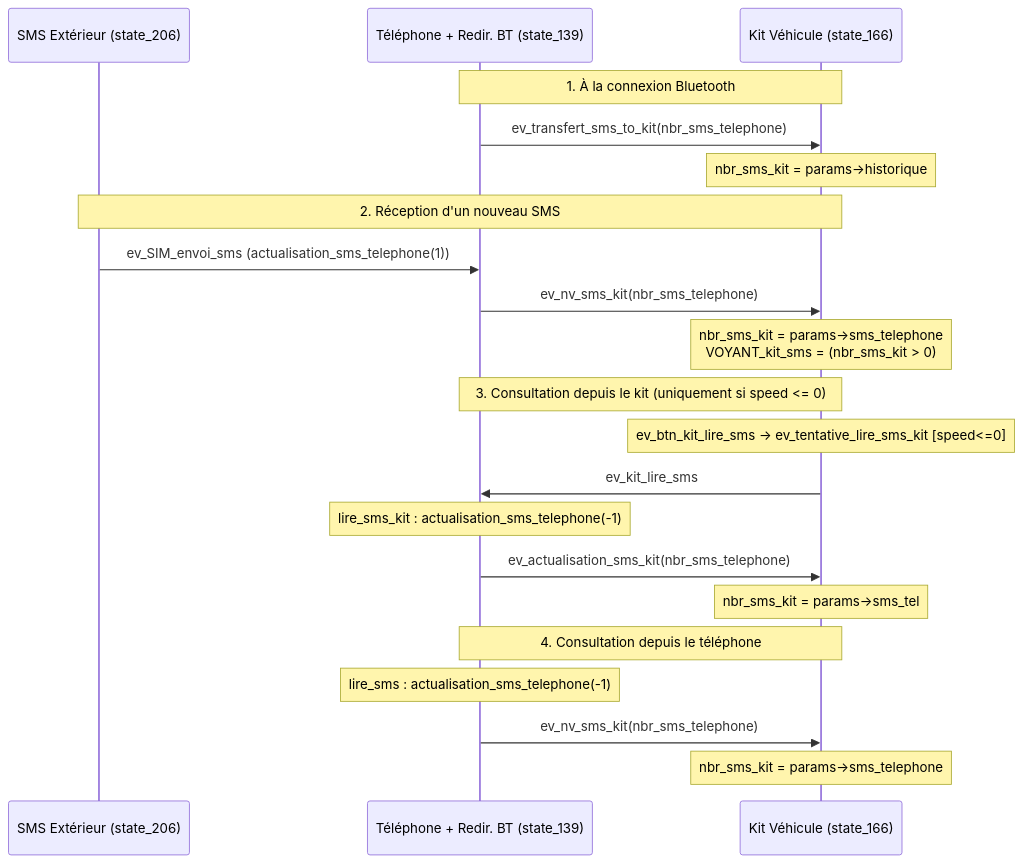
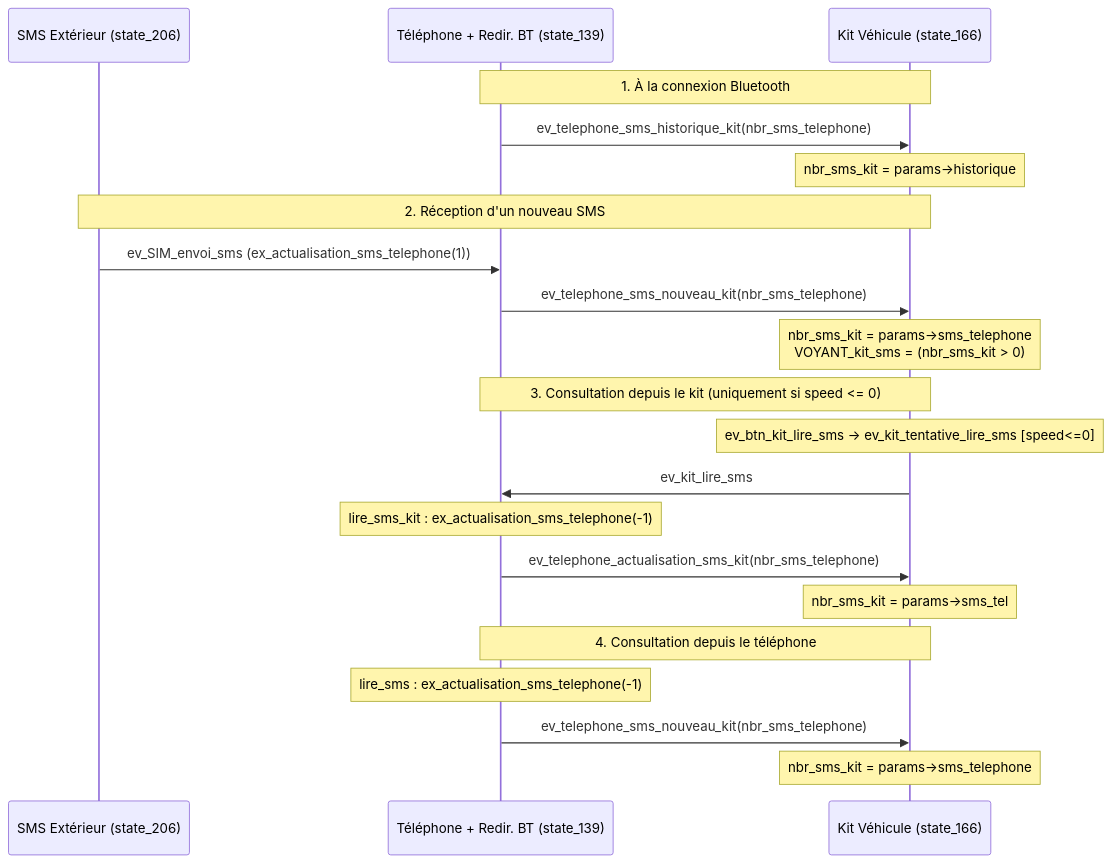
The sixth of 9 diagrams in systemes_evenements_discrets/Rapport/Rapport.md (benoitdekeyn/E4SE_TD_TP), drawn with Mermaid before and after one commit. The commit also changed other lines of this file and 2 other files, not shown here.

Commit message:
modification annexe et finalisation kit

````diff
--- a/systemes_evenements_discrets/Rapport/Rapport.md
+++ b/systemes_evenements_discrets/Rapport/Rapport.md
@@ -932,27 +997,27 @@
 ```mermaid
 sequenceDiagram
     participant Ext as SMS Extérieur (state_206)
     participant Tel as Téléphone + Redir. BT (state_139)
     participant Kit as Kit Véhicule (state_166)
 
     Note over Tel,Kit: 1. À la connexion Bluetooth
-    Tel->>Kit: ev_transfert_sms_to_kit(nbr_sms_telephone)
+    Tel->>Kit: ev_telephone_sms_historique_kit(nbr_sms_telephone)
     Note over Kit: nbr_sms_kit = params->historique
 
     Note over Ext,Kit: 2. Réception d'un nouveau SMS
-    Ext->>Tel: ev_SIM_envoi_sms (actualisation_sms_telephone(1))
-    Tel->>Kit: ev_nv_sms_kit(nbr_sms_telephone)
+    Ext->>Tel: ev_SIM_envoi_sms (ex_actualisation_sms_telephone(1))
+    Tel->>Kit: ev_telephone_sms_nouveau_kit(nbr_sms_telephone)
     Note over Kit: nbr_sms_kit = params->sms_telephone<br/>VOYANT_kit_sms = (nbr_sms_kit > 0)
 
     Note over Tel,Kit: 3. Consultation depuis le kit (uniquement si speed <= 0)
-    Note over Kit: ev_btn_kit_lire_sms → ev_tentative_lire_sms_kit [speed<=0]
+    Note over Kit: ev_btn_kit_lire_sms → ev_kit_tentative_lire_sms [speed<=0]
     Kit->>Tel: ev_kit_lire_sms
-    Note over Tel: lire_sms_kit : actualisation_sms_telephone(-1)
-    Tel->>Kit: ev_actualisation_sms_kit(nbr_sms_telephone)
+    Note over Tel: lire_sms_kit : ex_actualisation_sms_telephone(-1)
+    Tel->>Kit: ev_telephone_actualisation_sms_kit(nbr_sms_telephone)
     Note over Kit: nbr_sms_kit = params->sms_tel
 
     Note over Tel,Kit: 4. Consultation depuis le téléphone
-    Note over Tel: lire_sms : actualisation_sms_telephone(-1)
-    Tel->>Kit: ev_nv_sms_kit(nbr_sms_telephone)
+    Note over Tel: lire_sms : ex_actualisation_sms_telephone(-1)
+    Tel->>Kit: ev_telephone_sms_nouveau_kit(nbr_sms_telephone)
     Note over Kit: nbr_sms_kit = params->sms_telephone
 ```
````
